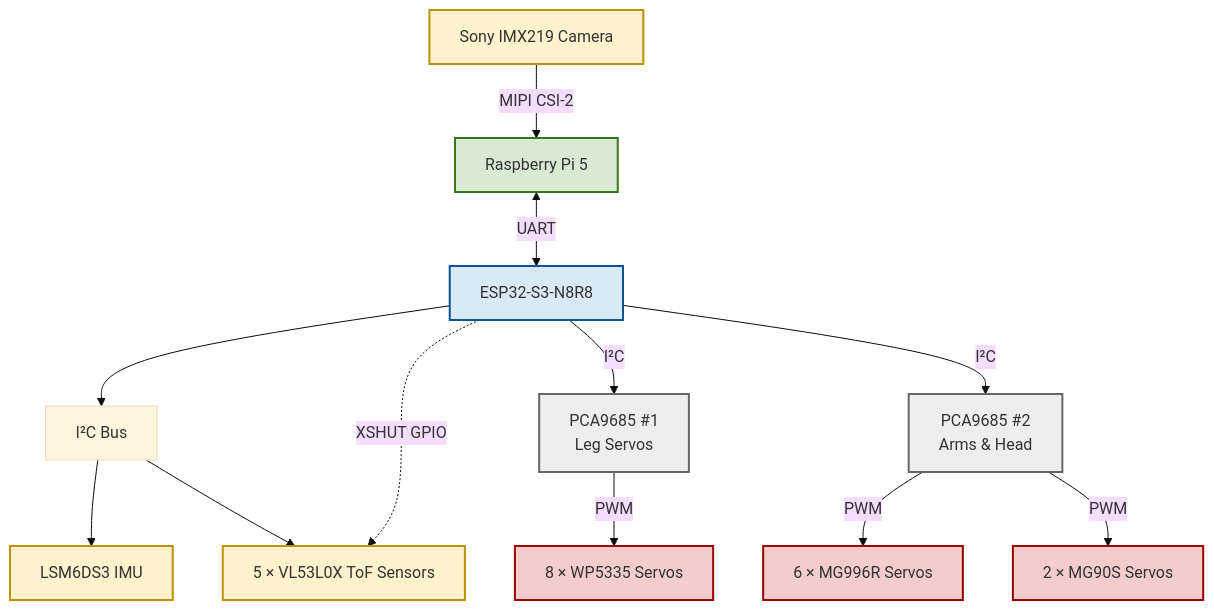
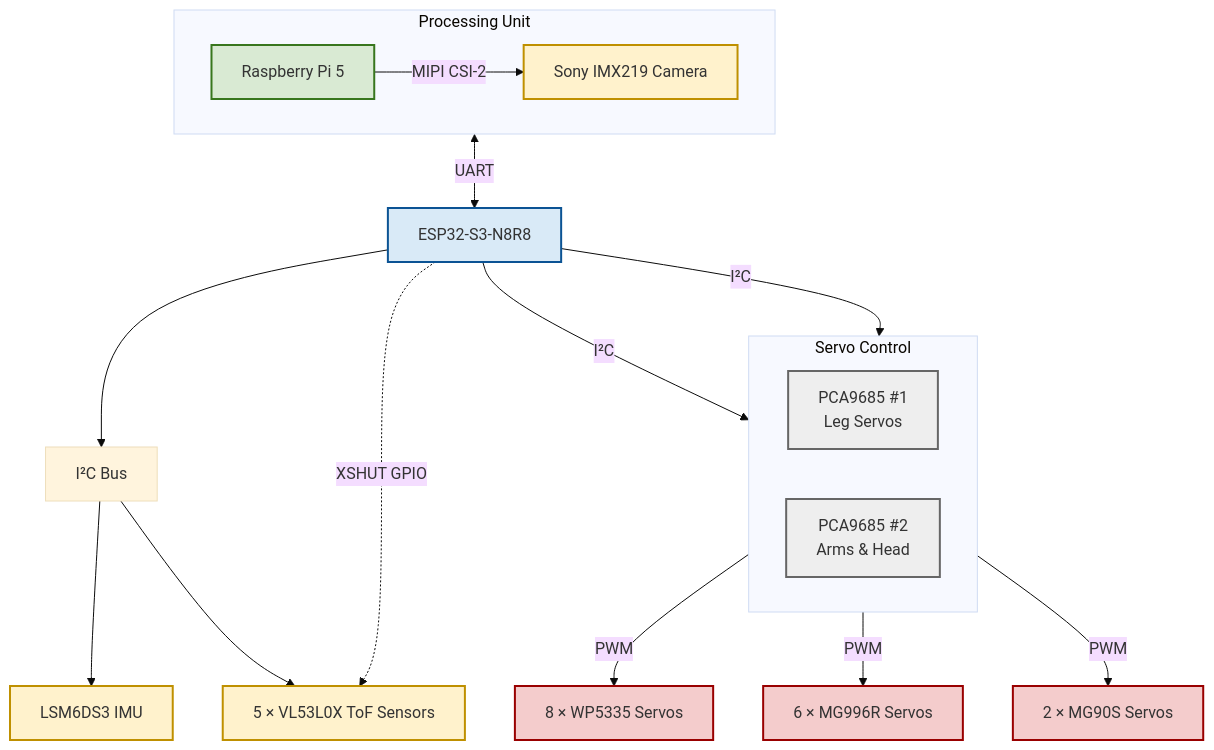
One commit to thkaratsis/Mitsos----An-Open-Source-AI-Humanoid-Robot changed the diagram in schemes/Sensors - Main Body/Readme.md. Above: the diagram before and after it, drawn with Mermaid (base theme).

```diff
--- a/schemes/Sensors - Main Body/Readme.md
+++ b/schemes/Sensors - Main Body/Readme.md
@@ -12,70 +11,69 @@
 %% PROCESSING
 %% =====================================================
 
-    PI["Raspberry Pi 5"]
-    ESP["ESP32-S3-N8R8"]
+subgraph PROCESSING["Processing Unit"]
+direction LR
 
-    PI <-->|UART| ESP
+PI["Raspberry Pi 5"]
 
-%% =====================================================
-%% CAMERA
-%% =====================================================
+CAM["Sony IMX219 Camera"]
 
-    CAM["Sony IMX219 Camera"]
+PI -->|MIPI CSI-2| CAM
 
-    CAM -->|MIPI CSI-2| PI
+end
+
+ESP["ESP32-S3-N8R8"]
+
+PI <-->|UART| ESP
 
 %% =====================================================
 %% SENSOR BUS
 %% =====================================================
 
-    I2C["I²C Bus"]
+I2C["I²C Bus"]
 
-    ESP --> I2C
+ESP --> I2C
 
-    IMU["LSM6DS3 IMU"]
+IMU["LSM6DS3 IMU"]
 
-    TOF["5 × VL53L0X ToF Sensors"]
+TOF["5 × VL53L0X ToF Sensors"]
 
-    I2C --> IMU
-    I2C --> TOF
+I2C --> IMU
+I2C --> TOF
 
-    ESP -. XSHUT GPIO .-> TOF
+ESP -. XSHUT GPIO .-> TOF
 
 %% =====================================================
-%% SERVO BUS
+%% SERVO CONTROLLERS
 %% =====================================================
 
-    PCA1["PCA9685 #1<br/>Leg Servos"]
+subgraph SERVOS["Servo Control"]
 
-    PCA2["PCA9685 #2<br/>Arms & Head"]
+direction LR
 
-    ESP -->|I²C| PCA1
-    ESP -->|I²C| PCA2
+PCA1["PCA9685 #1<br/>Leg Servos"]
+
+PCA2["PCA9685 #2<br/>Arms & Head"]
+
+end
+
+ESP -->|I²C| PCA1
+ESP -->|I²C| PCA2
 
 %% =====================================================
-%% LEG SERVOS
+%% SERVOS
 %% =====================================================
 
-    WP["8 × WP5335 Servos"]
+WP["8 × WP5335 Servos"]
 
-    PCA1 -->|PWM| WP
+MG996["6 × MG996R Servos"]
 
-%% =====================================================
-%% ARM SERVOS
-%% =====================================================
+MG90["2 × MG90S Servos"]
 
-    MG996["6 × MG996R Servos"]
+PCA1 -->|PWM| WP
 
-    PCA2 -->|PWM| MG996
-
-%% =====================================================
-%% HEAD SERVOS
-%% =====================================================
-
-    MG90["2 × MG90S Servos"]
-
-    PCA2 -->|PWM| MG90
+PCA2 -->|PWM| MG996
+PCA2 -->|PWM| MG90
 
 %% =====================================================
 %% COLORS
```
